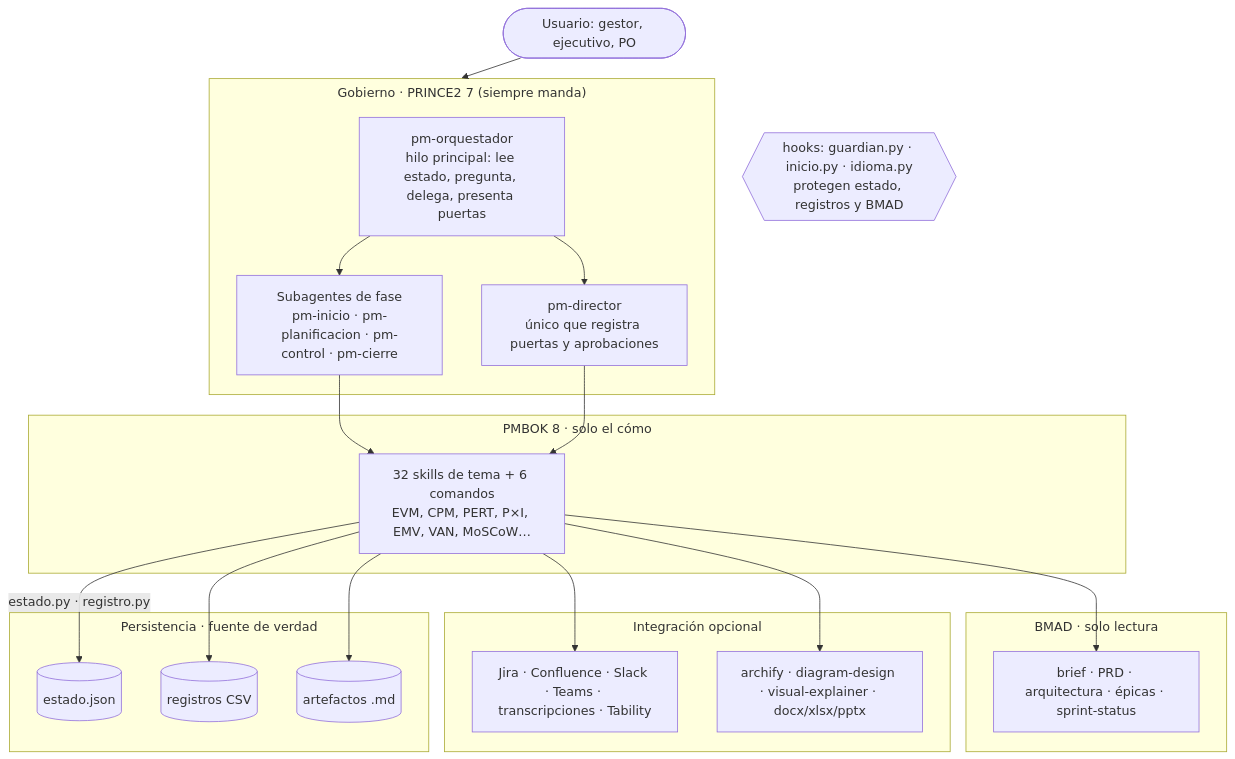
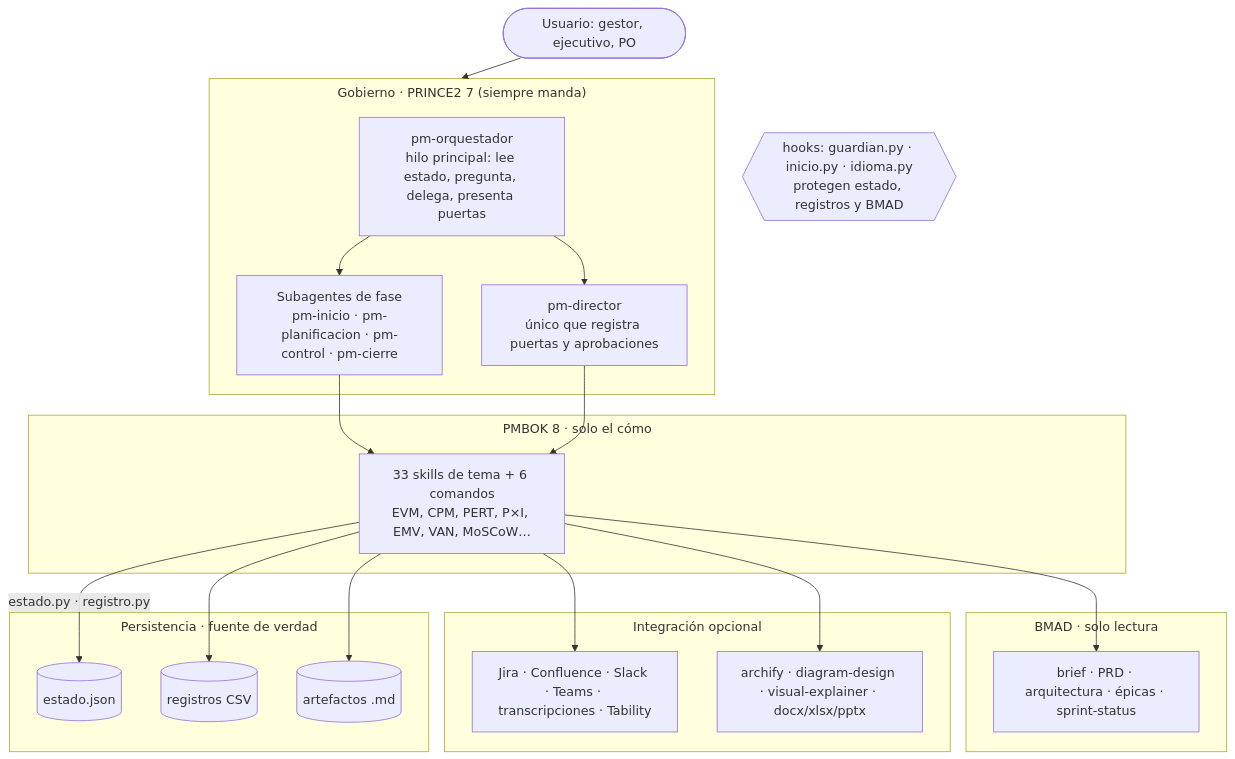
The diagram in docs/diagramas/arquitectura.mmd (Arturo-Penas-Rial/pm-method), drawn with Mermaid before and after one commit. The commit also changed 274 other files, not shown here.

```diff
--- a/docs/diagramas/arquitectura.mmd
+++ b/docs/diagramas/arquitectura.mmd
@@ -1,41 +1,41 @@
 ---
 config:
   flowchart:
     subGraphTitleMargin:
       top: 6
       bottom: 18
 ---
 flowchart TB
     U([Usuario: gestor, ejecutivo, PO]) --> G
     subgraph G["Gobierno · PRINCE2 7 (siempre manda)"]
         O["pm-orquestador<br/>hilo principal: lee estado, pregunta, delega, presenta puertas"]
         D["pm-director<br/>único que registra puertas y aprobaciones"]
         F["Subagentes de fase<br/>pm-inicio · pm-planificacion · pm-control · pm-cierre"]
     end
     subgraph T["PMBOK 8 · solo el cómo"]
-        S["32 skills de tema + 6 comandos<br/>EVM, CPM, PERT, P×I, EMV, VAN, MoSCoW…"]
+        S["33 skills de tema + 6 comandos<br/>EVM, CPM, PERT, P×I, EMV, VAN, MoSCoW…"]
     end
     subgraph E["BMAD · solo lectura"]
         B["brief · PRD · arquitectura · épicas · sprint-status"]
     end
     subgraph I["Integración opcional"]
         M["Jira · Confluence · Slack · Teams · transcripciones · Tability"]
         X["archify · diagram-design · visual-explainer · docx/xlsx/pptx"]
     end
     subgraph P["Persistencia · fuente de verdad"]
         J[("estado.json")]
         R[("registros CSV")]
         A[("artefactos .md")]
     end
     O --> F
     O --> D
     F --> S
     D --> S
     S --> B
     S --> M
     S --> X
     S -->|"estado.py · registro.py"| J
     S --> R
     S --> A
     H{{"hooks: guardian.py · inicio.py · idioma.py<br/>protegen estado, registros y BMAD"}}
     U ~~~ H
```
